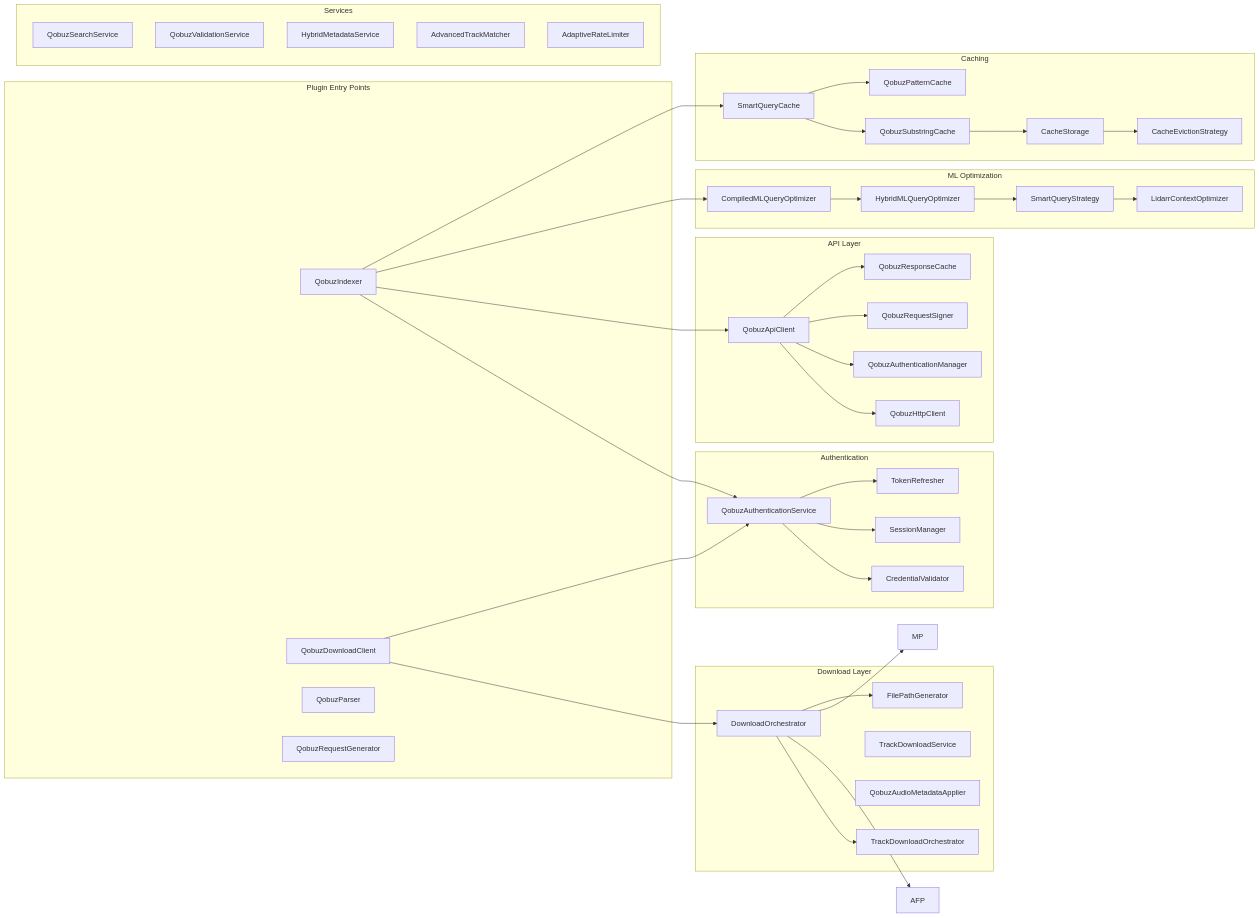
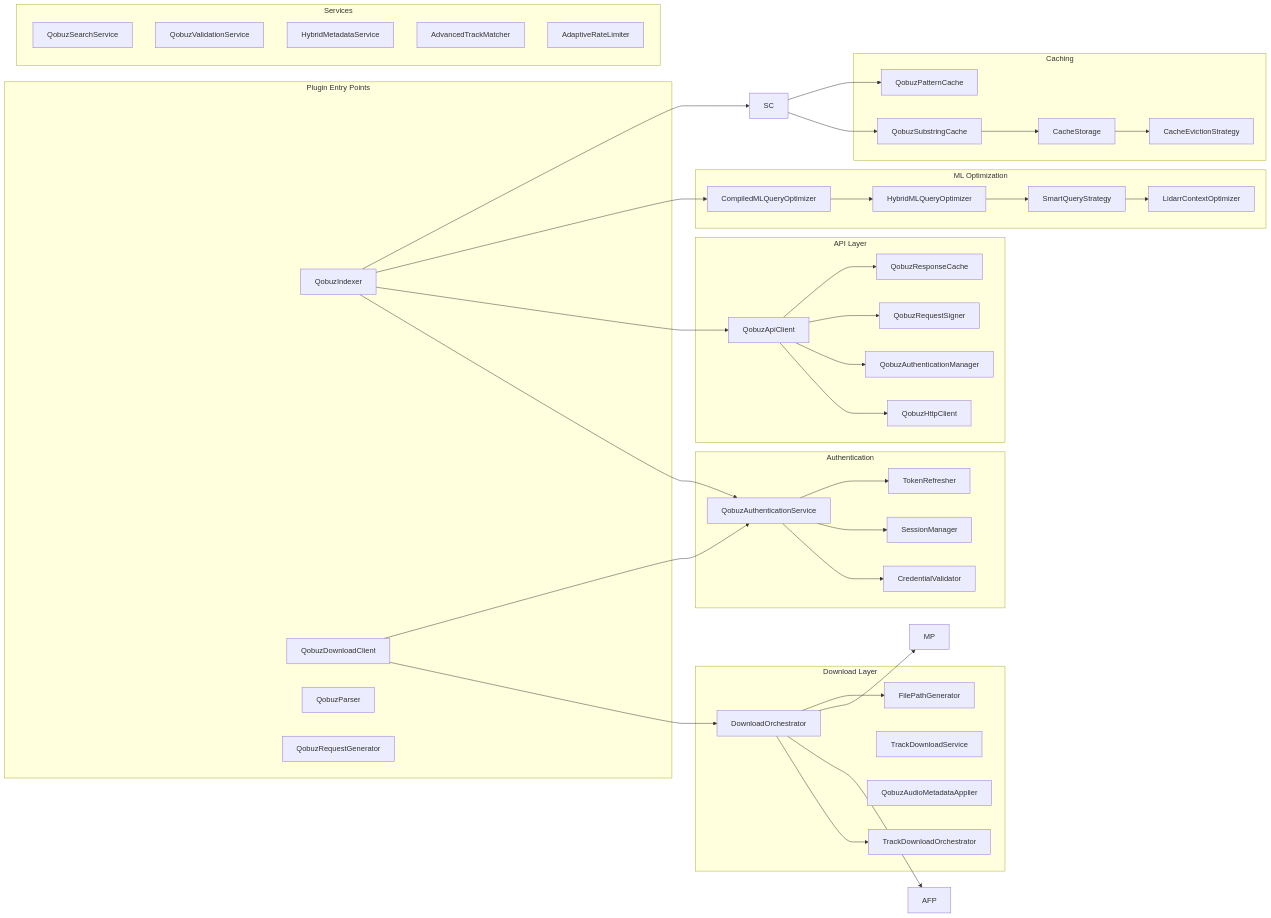
Before and after one commit to RicherTunes/Qobuzarr: the second of 25 diagrams in docs/ARCHITECTURE.md, drawn with Mermaid. The commit also changed other lines of this file and 19 other files, not shown here.

```diff
--- a/docs/ARCHITECTURE.md
+++ b/docs/ARCHITECTURE.md
@@ -156,7 +156,6 @@
     
     %% Caching Layer
     subgraph "Caching"
-        SC[SmartQueryCache]
         QSC[QobuzSubstringCache]
         QPC[QobuzPatternCache]
         CS[CacheStorage]
```
